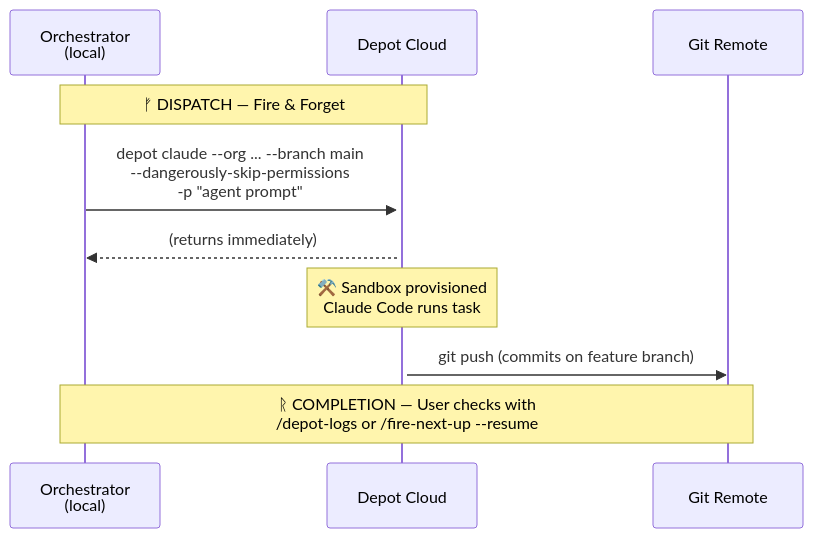
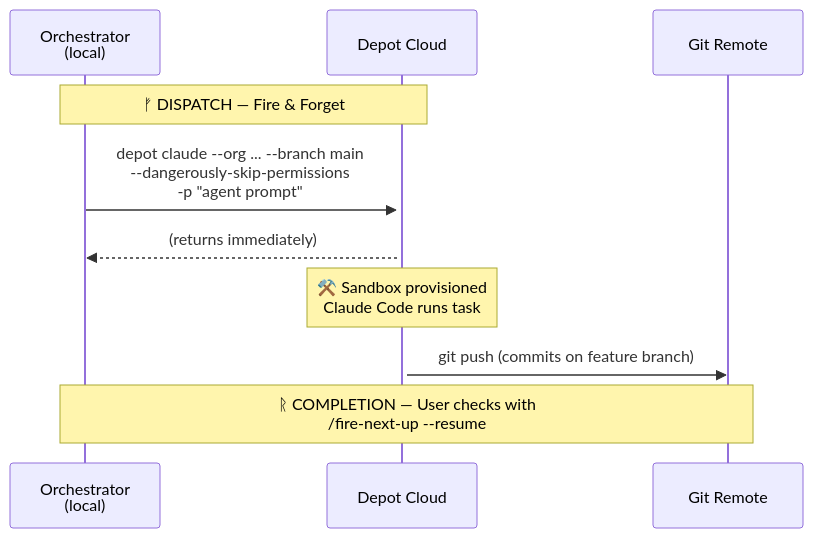
The first of 2 diagrams in .claude/skills/fire-next-up/SKILL.md (declanshanaghy/fenrir-ledger), drawn with Mermaid before and after one commit. The commit also changed other lines of this file and 5 other files, not shown here.

First line of the commit message:
chore: remove depot-logs skill and all references

````diff
--- a/.claude/skills/fire-next-up/SKILL.md
+++ b/.claude/skills/fire-next-up/SKILL.md
@@ -76,17 +76,17 @@
 ```mermaid
 sequenceDiagram
     participant 🐺 as Orchestrator<br/>(local)
     participant ☁️ as Depot Cloud
     participant 🌿 as Git Remote
 
     Note over 🐺,☁️: ᚠ DISPATCH — Fire & Forget
 
     🐺->>+☁️: depot claude --org ... --branch main<br/>--dangerously-skip-permissions<br/>-p "agent prompt"
     ☁️-->>🐺: (returns immediately)
 
     Note over ☁️: ⚒️ Sandbox provisioned<br/>Claude Code runs task
 
     ☁️->>🌿: git push (commits on feature branch)
 
-    Note over 🐺,🌿: ᚱ COMPLETION — User checks with<br/>/depot-logs or /fire-next-up --resume
+    Note over 🐺,🌿: ᚱ COMPLETION — User checks with<br/>/fire-next-up --resume
 ```
````
